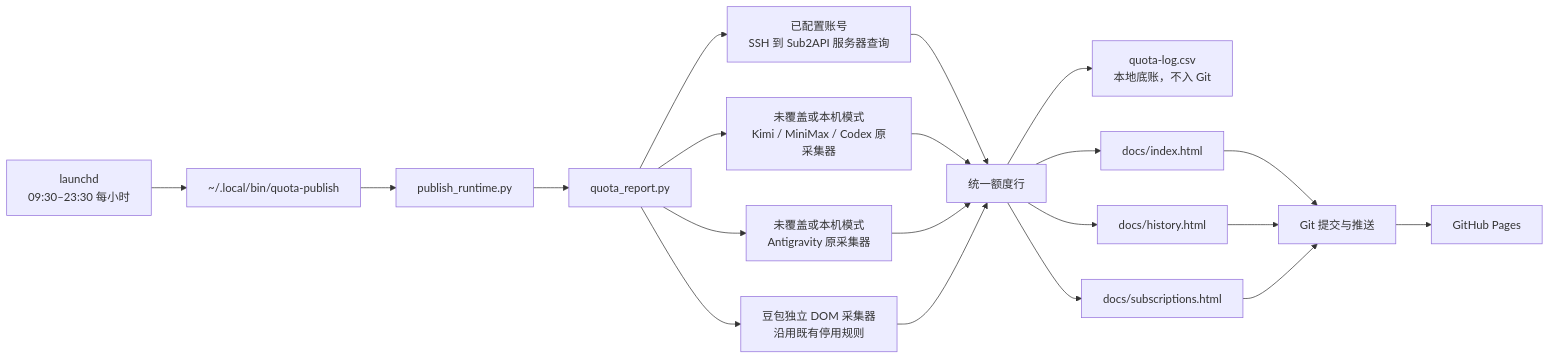
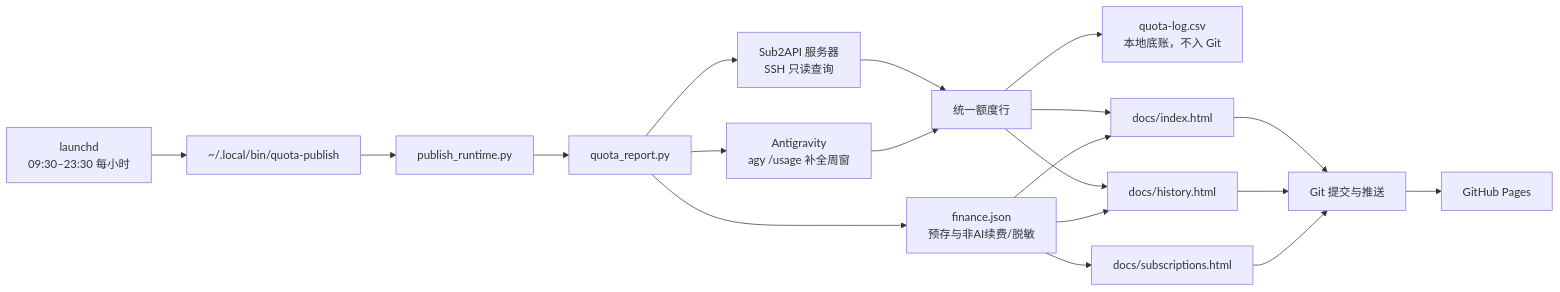
The diagram in docs/project-design.md (insistgang/ai-quota-monitor), drawn with Mermaid before and after one commit. The commit also changed other lines of this file and 15 other files, not shown here.

````diff
--- a/docs/project-design.md
+++ b/docs/project-design.md
@@ -19,22 +19,21 @@
 ```mermaid
 flowchart LR
     A[launchd<br/>09:30–23:30 每小时] --> B[~/.local/bin/quota-publish]
     B --> C[publish_runtime.py]
     C --> D[quota_report.py]
-    D --> S[已配置账号<br/>SSH 到 Sub2API 服务器查询]
-    D --> E1[未覆盖或本机模式<br/>Kimi / MiniMax / Codex 原采集器]
-    D --> E2[未覆盖或本机模式<br/>Antigravity 原采集器]
-    D --> E3[豆包独立 DOM 采集器<br/>沿用既有停用规则]
-    S --> F
-    E1 --> F[统一额度行]
-    E2 --> F
-    E3 --> F
+    D --> S[Sub2API 服务器<br/>SSH 只读查询]
+    D --> A1[Antigravity<br/>agy /usage 补全周窗]
+    D --> N1[finance.json<br/>预存与非AI续费/脱敏]
+    S --> F[统一额度行]
+    A1 --> F
     F --> G[quota-log.csv<br/>本地底账，不入 Git]
     F --> H[docs/index.html]
     F --> I[docs/history.html]
-    F --> J[docs/subscriptions.html]
+    N1 --> H
+    N1 --> I
+    N1 --> J[docs/subscriptions.html]
     H --> K[Git 提交与推送]
     I --> K
     J --> K
     K --> L[GitHub Pages]
 ```
````
